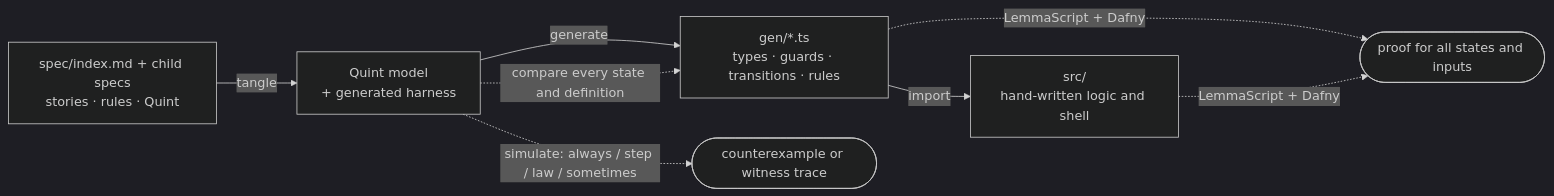
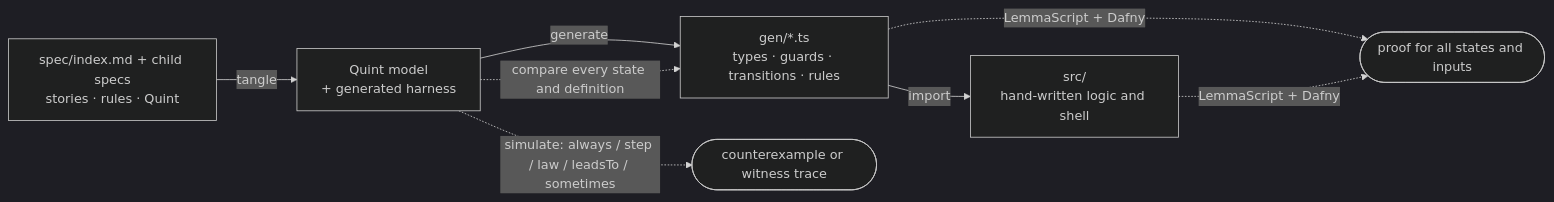
Before and after one commit to lalalune/vibespec-starter: the first of 2 diagrams in README.md, drawn with Mermaid (dark theme). The commit also changed other lines of this file and 2 other files, not shown here.

Commit message:
Port roadmap-environment: prove std/net's laws so importers such as the ping fixture can use them, and document leadsTo and std/

````diff
--- a/README.md
+++ b/README.md
@@ -76,16 +77,16 @@
 ```mermaid
 flowchart LR
   spec["spec/index.md + child specs<br/>stories · rules · Quint"]
   qnt["Quint model<br/>+ generated harness"]
   ts["gen/*.ts<br/>types · guards · transitions · rules"]
   app["src/<br/>hand-written logic and shell"]
 
   spec -- tangle --> qnt
   qnt -- generate --> ts
   ts -- import --> app
 
-  qnt -. "simulate: always / step / law / sometimes" .-> v1([counterexample or witness trace])
+  qnt -. "simulate: always / step / law / leadsTo / sometimes" .-> v1([counterexample or witness trace])
   qnt -. "compare every state and definition" .-> ts
   ts -. "LemmaScript + Dafny" .-> v2([proof for all states and inputs])
   app -. "LemmaScript + Dafny" .-> v2
 ```
````
